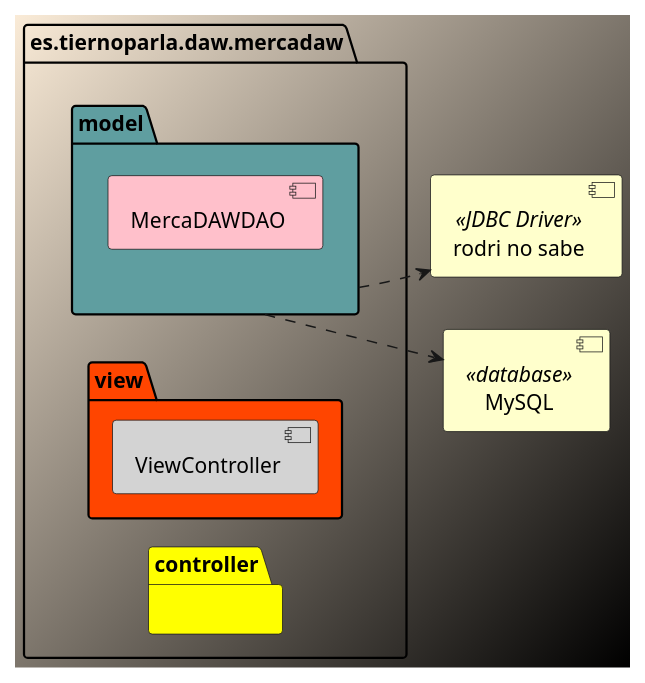
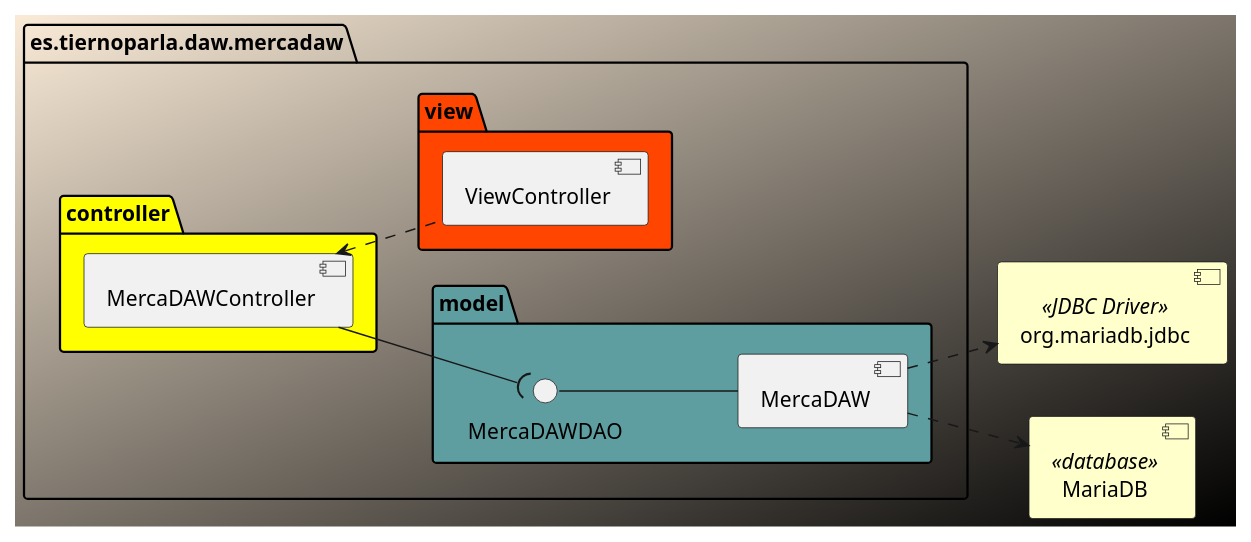
The diagram in design/DiagramaCompenentes.pu (adrils16/MercaDawFinal), drawn with PlantUML before and after one commit. The commit also changed 2 other files, not shown here.

```diff
--- a/design/DiagramaCompenentes.pu
+++ b/design/DiagramaCompenentes.pu
@@ -1,48 +1,52 @@
 @startuml Diagrama de Clases
 skinparam BackgroundColor antiquewhite/black
 allow_mixing
 set namespaceSeparator none
 left to right direction
 
 package es.tiernoparla.daw.mercadaw{
 
-  
-   
+    package model #CadetBlue{
+        component MercaDAW as mi {
 
-    package model #CadetBlue{
+        }
 
-       component MercaDAWDAO as md #Pink{
+        () MercaDAWDAO as md
 
-       }
+        md -- mi
+    }
 
+
+
+    package controller #Yellow{
+        component MercaDAWController as mc {
+
+        }
     }
 
     package view #OrangeRed{
-        
-        component ViewController #LightGray
-       
+        component ViewController as vc {
+
+        }
     }
-
-    package controller #Yellow{
-        
-       
-    }
-
 
 }
 
+component "org.mariadb.jdbc" <<JDBC Driver>> as jdbc #BUSINESS{
+    
+}
 
-component "rodri no sabe" <<JDBC Driver>> as rns #BUSINESS{
+component "MariaDB" <<database>> #BUSINESS{
     
-    }
+}
 
-component "MySQL" <<database>> #BUSINESS{
-    
-    }
+mc <.. vc
 
-model ..> MySQL
+mi ..> MariaDB
 
-model ..> rns
+mi ..> jdbc
+
+mc --( md
 
 
 @enduml
```
